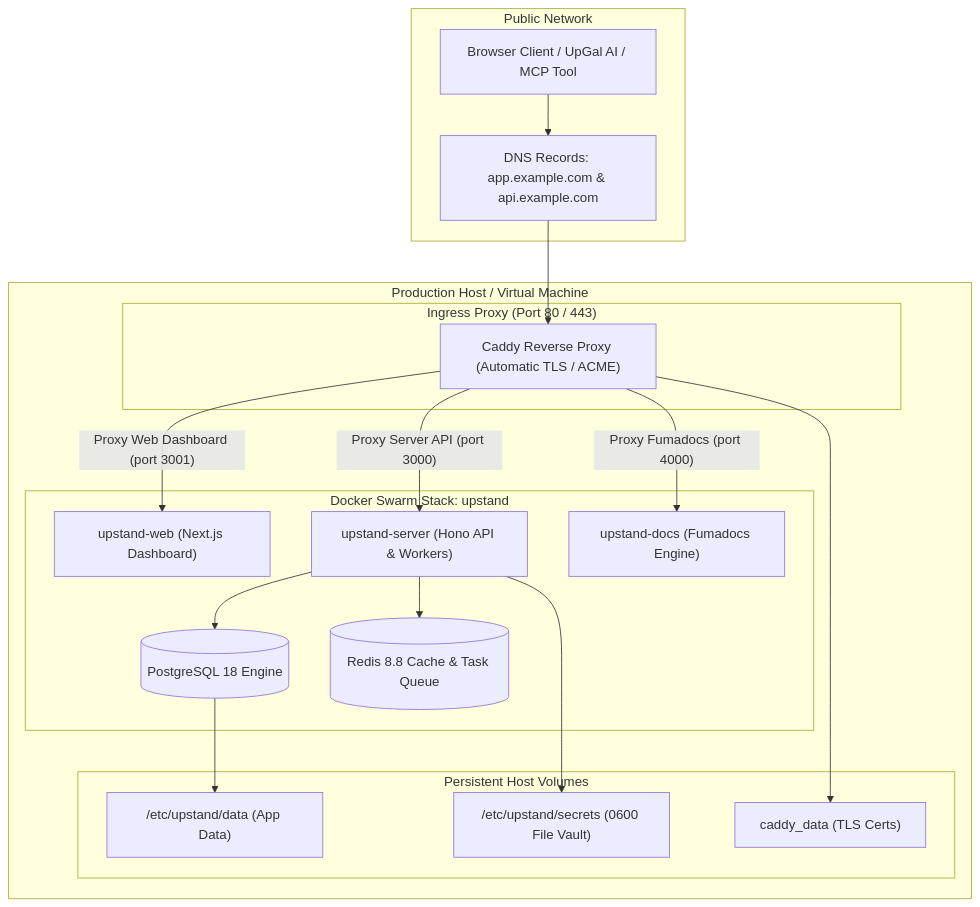
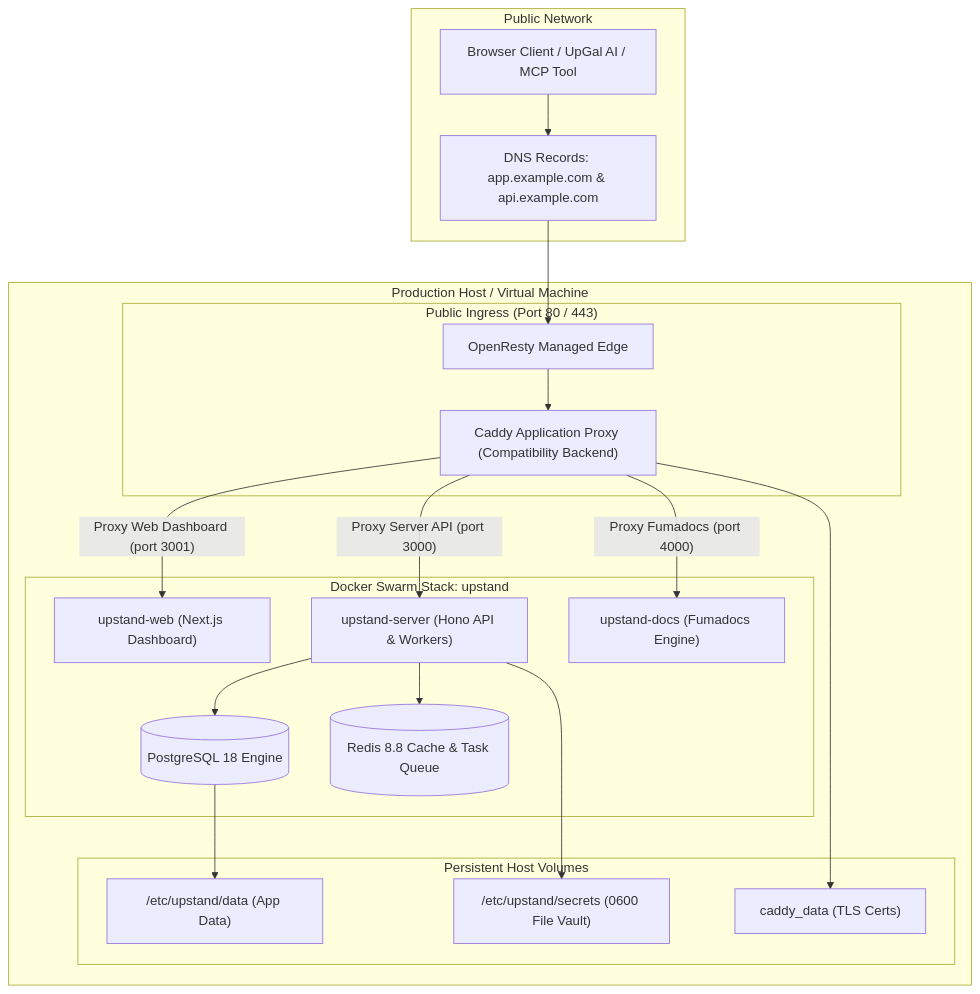
One commit to UpstandPlatform/upstand changed the diagram in apps/fumadocs/content/docs/getting-started/self-hosting.mdx. Above: the diagram before and after it, drawn with Mermaid. The commit also changed other lines of this file and 543 other files, not shown here.

````diff
--- a/apps/fumadocs/content/docs/getting-started/self-hosting.mdx
+++ b/apps/fumadocs/content/docs/getting-started/self-hosting.mdx
@@ -14,38 +14,40 @@
 ```mermaid
 graph TD
     subgraph Internet["Public Network"]
         Client["Browser Client / UpGal AI / MCP Tool"]
         DNS["DNS Records: app.example.com & api.example.com"]
     end
 
     subgraph Host["Production Host / Virtual Machine"]
-        subgraph IngressLayer["Ingress Proxy (Port 80 / 443)"]
-            Caddy["Caddy Reverse Proxy (Automatic TLS / ACME)"]
+        subgraph IngressLayer["Public Ingress (Port 80 / 443)"]
+            Edge["OpenResty Managed Edge"]
+            Caddy["Caddy Application Proxy (Compatibility Backend)"]
         end
 
         subgraph SwarmCluster["Docker Swarm Stack: upstand"]
             WebUI["upstand-web (Next.js Dashboard)"]
             ServerAPI["upstand-server (Hono API & Workers)"]
             Fumadocs["upstand-docs (Fumadocs Engine)"]
             DB[(PostgreSQL 18 Engine)]
             Cache[(Redis 8.8 Cache & Task Queue)]
         end
 
         subgraph StorageLayer["Persistent Host Volumes"]
             VolData["/etc/upstand/data (App Data)"]
             VolSecrets["/etc/upstand/secrets (0600 File Vault)"]
             VolCaddy["caddy_data (TLS Certs)"]
         end
     end
 
     Client --> DNS
-    DNS --> Caddy
+    DNS --> Edge
+    Edge --> Caddy
     Caddy -->|"Proxy Server API (port 3000)"| ServerAPI
     Caddy -->|"Proxy Web Dashboard (port 3001)"| WebUI
     Caddy -->|"Proxy Fumadocs (port 4000)"| Fumadocs
     ServerAPI --> DB
     ServerAPI --> Cache
     DB --> VolData
     ServerAPI --> VolSecrets
-    Caddy --> VolCaddy
+            Caddy --> VolCaddy
 ```
````
